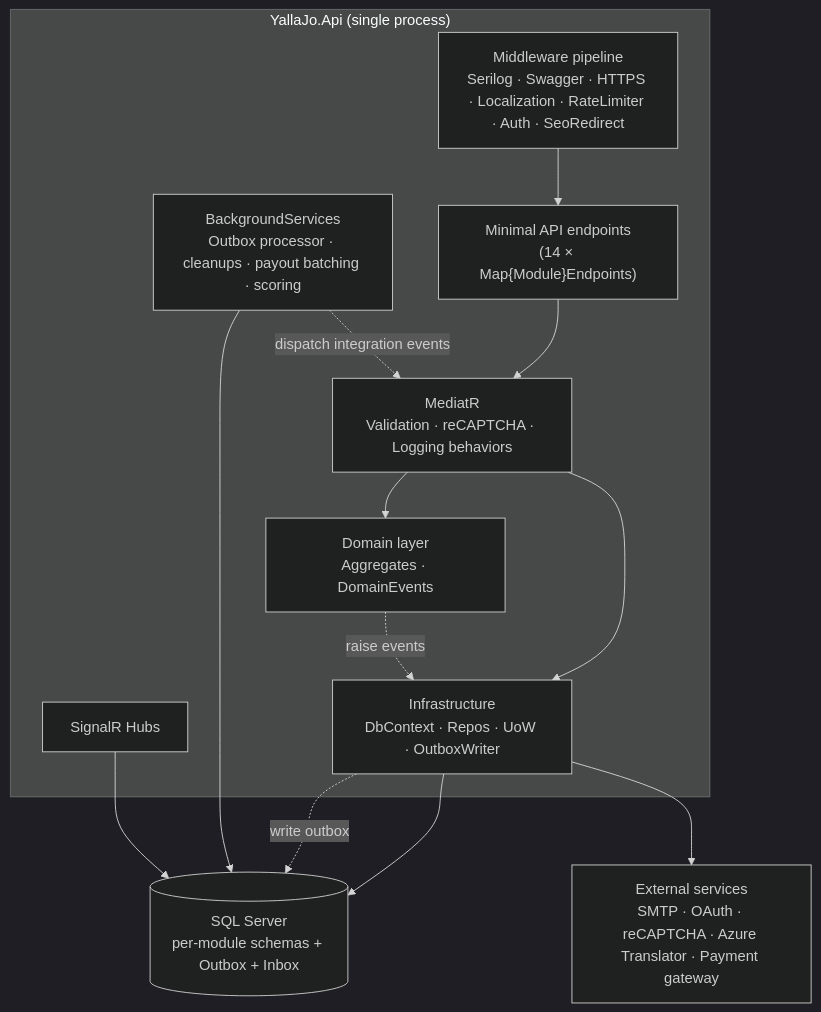
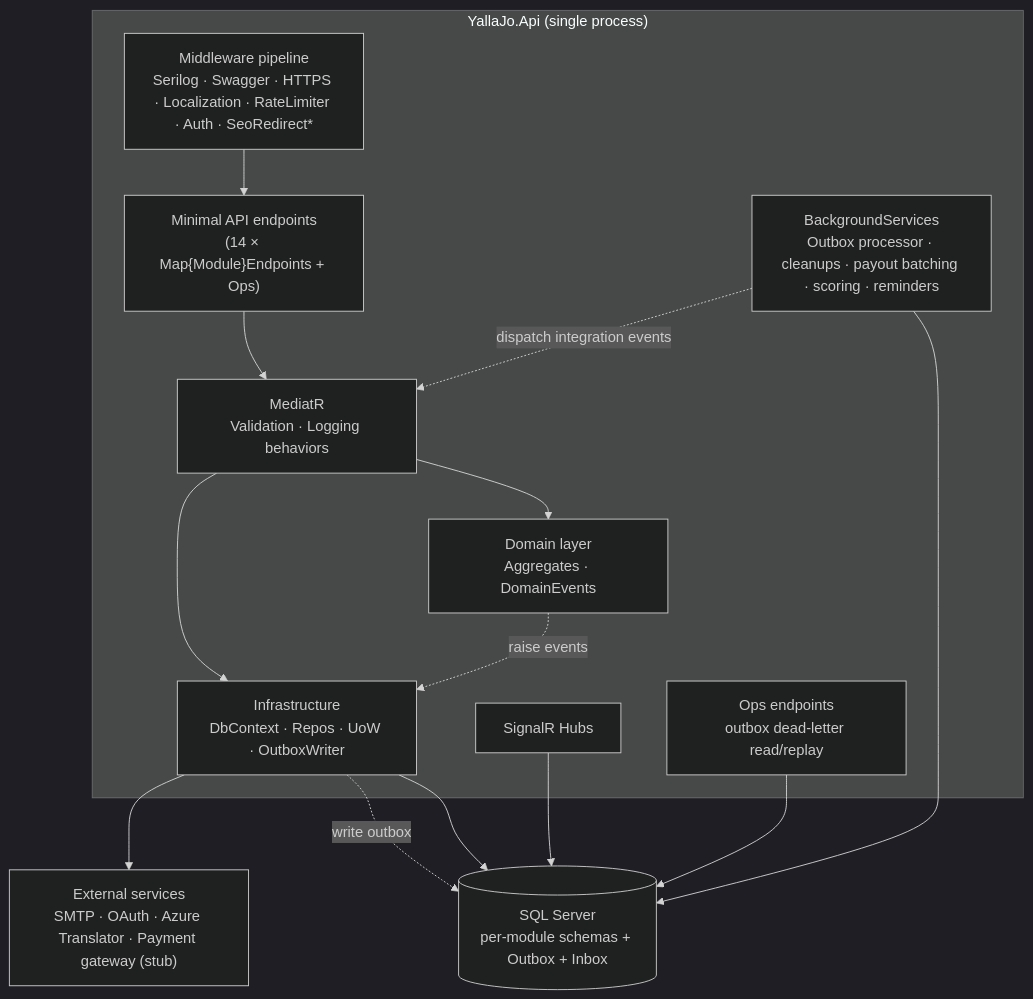
The fourth of 4 diagrams in docs/01-system-overview.md (asadi11-3/YallaJo), drawn with Mermaid (dark theme) before and after one commit. The commit also changed other lines of this file and 6 other files, not shown here.

Commit message:
docs: rebuild YallaJo architecture foundation

````diff
--- a/docs/01-system-overview.md
+++ b/docs/01-system-overview.md
@@ -141,24 +180,26 @@
 ```mermaid
 flowchart TD
     subgraph Host["YallaJo.Api (single process)"]
-        MW["Middleware pipeline<br/>Serilog · Swagger · HTTPS · Localization · RateLimiter · Auth · SeoRedirect"]
-        EP["Minimal API endpoints<br/>(14 × Map{Module}Endpoints)"]
-        MED["MediatR<br/>Validation · reCAPTCHA · Logging behaviors"]
+        MW["Middleware pipeline<br/>Serilog · Swagger · HTTPS · Localization · RateLimiter · Auth · SeoRedirect*"]
+        EP["Minimal API endpoints<br/>(14 × Map{Module}Endpoints + Ops)"]
+        MED["MediatR<br/>Validation · Logging behaviors"]
         DOMAIN["Domain layer<br/>Aggregates · DomainEvents"]
         INFRA["Infrastructure<br/>DbContext · Repos · UoW · OutboxWriter"]
-        BG["BackgroundServices<br/>Outbox processor · cleanups · payout batching · scoring"]
+        BG["BackgroundServices<br/>Outbox processor · cleanups · payout batching · scoring · reminders"]
         HUB["SignalR Hubs"]
+        OPS["Ops endpoints<br/>outbox dead-letter read/replay"]
     end
 
     DB[(SQL Server<br/>per-module schemas + Outbox + Inbox)]
-    EXT["External services<br/>SMTP · OAuth · reCAPTCHA · Azure Translator · Payment gateway"]
+    EXT["External services<br/>SMTP · OAuth · Azure Translator · Payment gateway (stub)"]
 
     MW --> EP --> MED --> DOMAIN
     MED --> INFRA --> DB
     DOMAIN -. "raise events" .-> INFRA
     INFRA -. "write outbox" .-> DB
     BG --> DB
     BG -. "dispatch integration events" .-> MED
     INFRA --> EXT
+    OPS --> DB
     HUB --> DB
 ```
````
